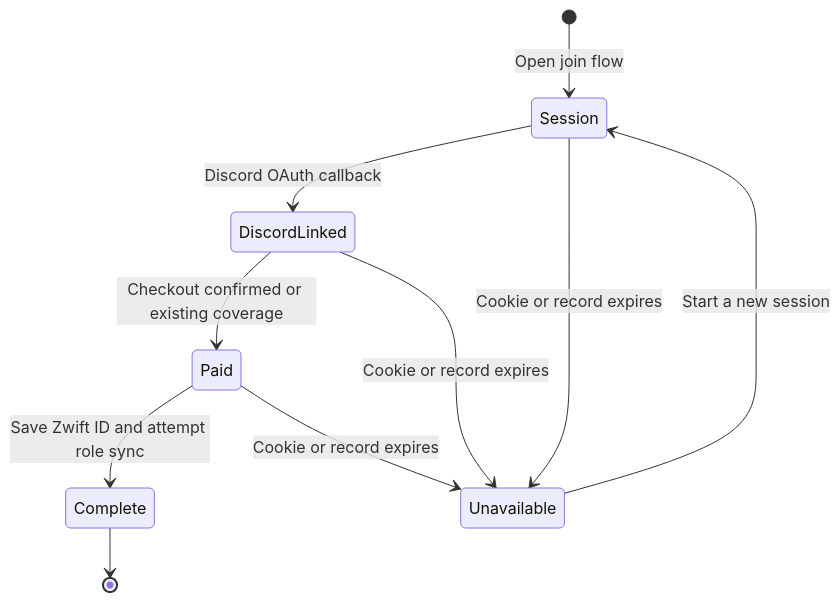
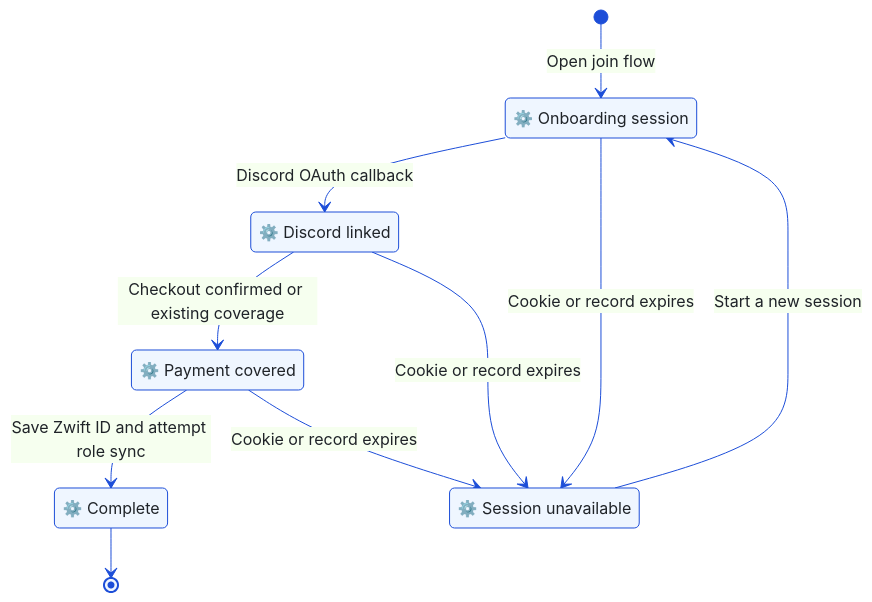
The first of 4 diagrams in docs/architecture/identity-membership.md (T00few2/dzr), drawn with Mermaid before and after one commit. The commit also changed other lines of this file and 15 other files, not shown here.

First line of the commit message:
docs: standardize Mermaid notation and map the technology stack

````diff
--- a/docs/architecture/identity-membership.md
+++ b/docs/architecture/identity-membership.md
@@ -9,12 +9,26 @@
 ```mermaid
+---
+config:
+  theme: base
+  themeVariables:
+    primaryColor: '#eff6ff'
+    primaryTextColor: '#1f2328'
+    primaryBorderColor: '#1d4ed8'
+    lineColor: '#1d4ed8'
+---
 stateDiagram-v2
+    state "⚙️ Onboarding session" as Session
+    state "⚙️ Discord linked" as DiscordLinked
+    state "⚙️ Payment covered" as Paid
+    state "⚙️ Complete" as Complete
+    state "⚙️ Session unavailable" as Unavailable
     [*] --> Session: Open join flow
     Session --> DiscordLinked: Discord OAuth callback
     DiscordLinked --> Paid: Checkout confirmed or existing coverage
     Paid --> Complete: Save Zwift ID and attempt role sync
     Complete --> [*]
     Session --> Unavailable: Cookie or record expires
     DiscordLinked --> Unavailable: Cookie or record expires
     Paid --> Unavailable: Cookie or record expires
     Unavailable --> Session: Start a new session
 ```
````
